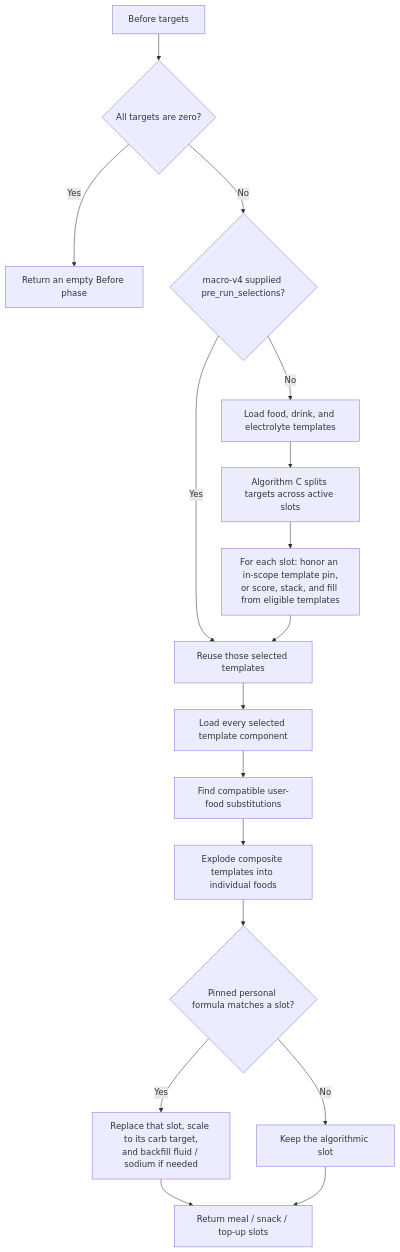
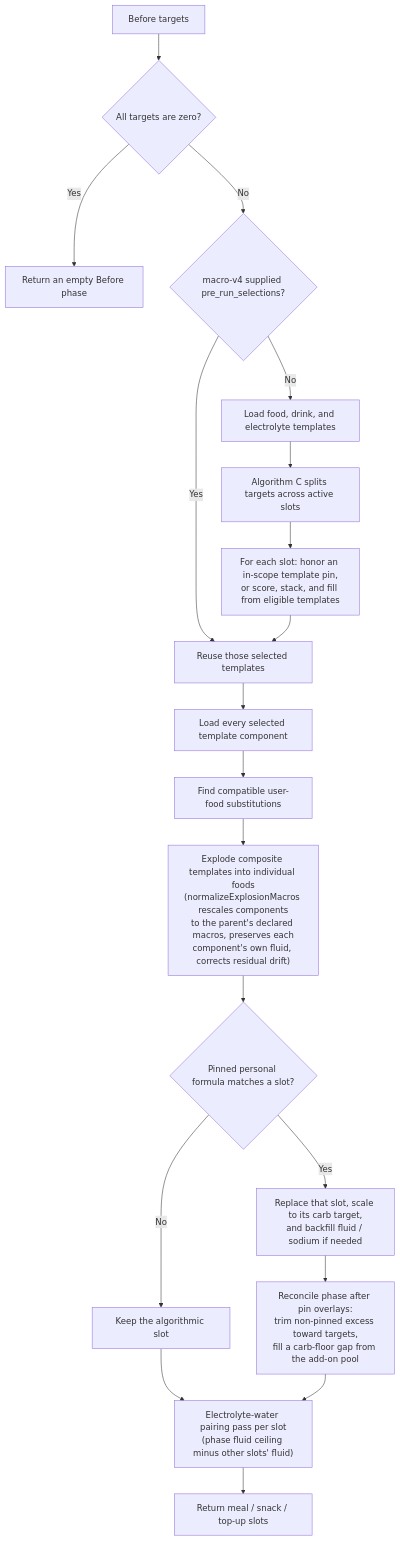
One commit to milkmanfunddev-ops/mealvana_endurance changed the second of 5 diagrams in docs/business_logic/nutrition-plan-v3-algorithm.md. Above: the diagram before and after it, drawn with Mermaid. The commit also changed other lines of this file and 12 other files, not shown here.

First line of the commit message:
docs(nutrition): bring v3 algorithm flowchart up to date; regenerate diagrams

````diff
--- a/docs/business_logic/nutrition-plan-v3-algorithm.md
+++ b/docs/business_logic/nutrition-plan-v3-algorithm.md
@@ -64,21 +69,23 @@
 ```mermaid
 flowchart TD
     A["Before targets"] --> B{"All targets are zero?"}
     B -- "Yes" --> Z["Return an empty Before phase"]
     B -- "No" --> C{"macro-v4 supplied pre_run_selections?"}
 
     C -- "Yes" --> S["Reuse those selected templates"]
     C -- "No" --> T["Load food, drink, and electrolyte templates"]
     T --> AC["Algorithm C splits targets across active slots"]
     AC --> PICK["For each slot: honor an in-scope template pin,<br/>or score, stack, and fill from eligible templates"]
     PICK --> S
 
     S --> F["Load every selected template component"]
     F --> U["Find compatible user-food substitutions"]
-    U --> X["Explode composite templates into individual foods"]
+    U --> X["Explode composite templates into individual foods<br/>(normalizeExplosionMacros rescales components<br/>to the parent's declared macros, preserves each<br/>component's own fluid, corrects residual drift)"]
     X --> O{"Pinned personal formula matches a slot?"}
     O -- "Yes" --> PF["Replace that slot, scale to its carb target,<br/>and backfill fluid / sodium if needed"]
     O -- "No" --> KEEP["Keep the algorithmic slot"]
-    PF --> OUT["Return meal / snack / top-up slots"]
-    KEEP --> OUT
+    PF --> RECON["Reconcile phase after pin overlays:<br/>trim non-pinned excess toward targets,<br/>fill a carb-floor gap from the add-on pool"]
+    KEEP --> EWP["Electrolyte-water pairing pass per slot<br/>(phase fluid ceiling minus other slots' fluid)"]
+    RECON --> EWP
+    EWP --> OUT["Return meal / snack / top-up slots"]
 ```
````
